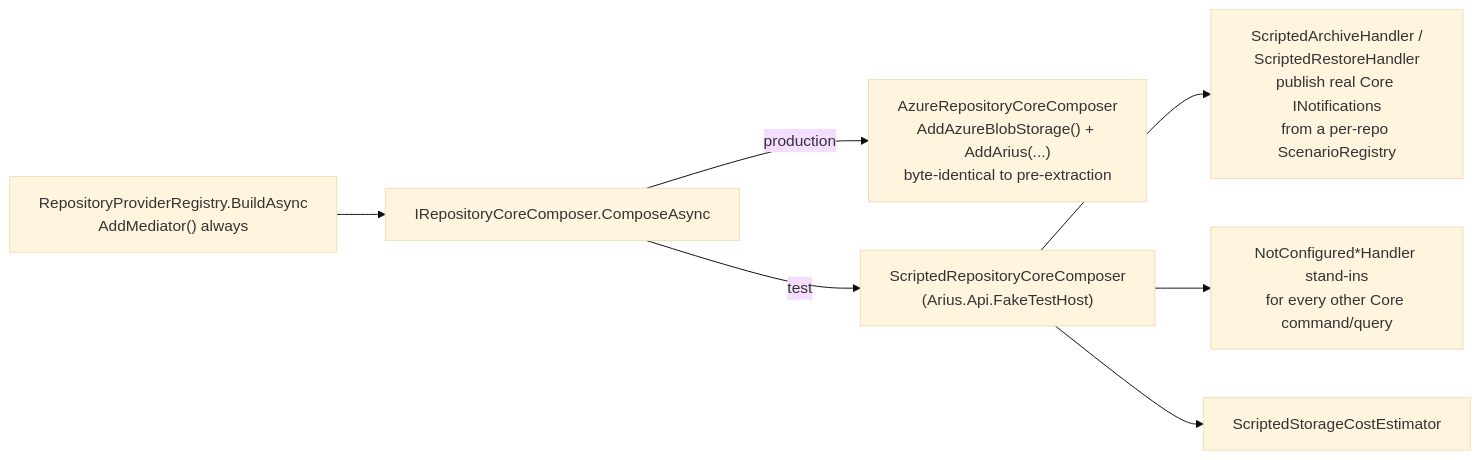
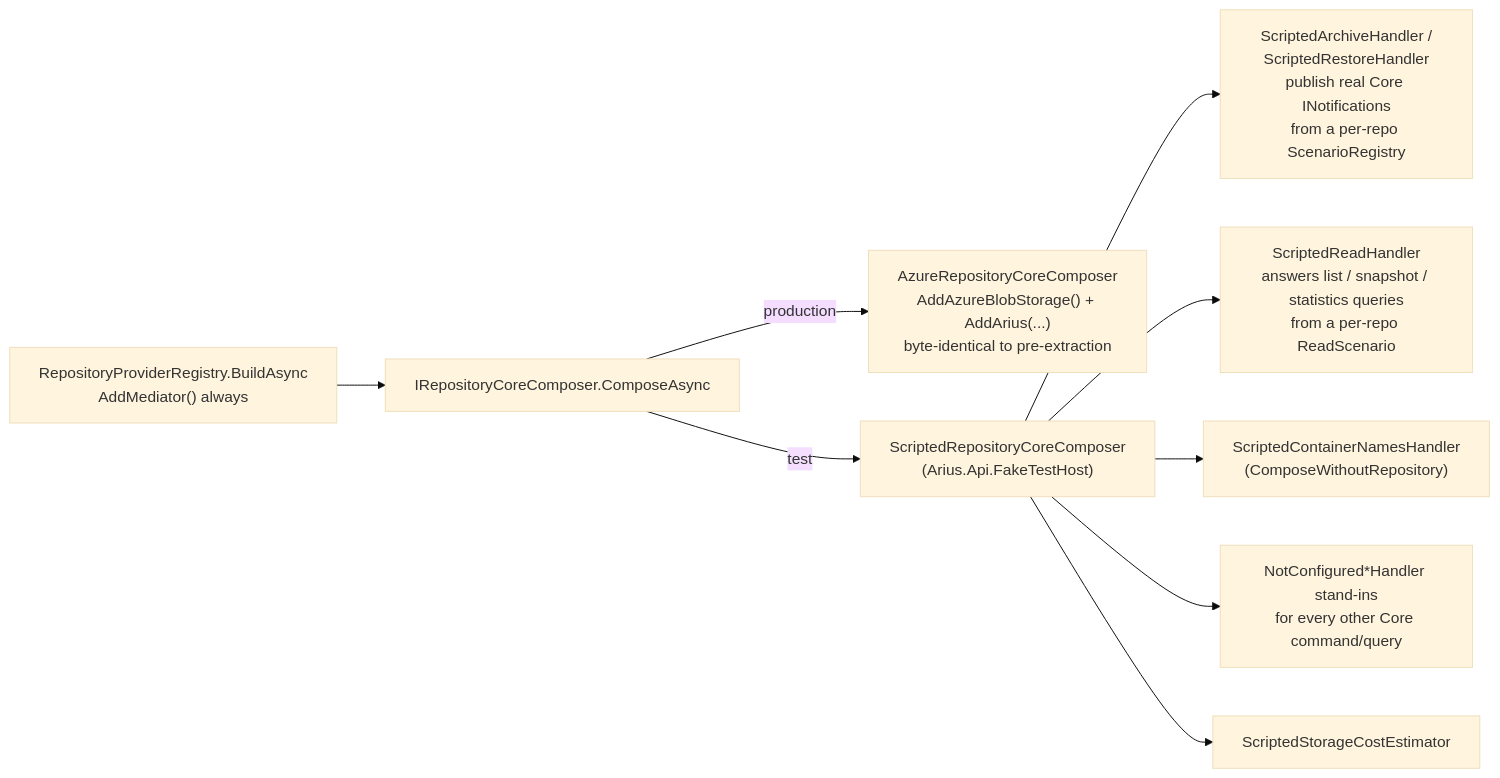
The fourth of 4 diagrams in docs/design/cross-cutting/testing.md (woutervanranst/Arius7), drawn with Mermaid (base theme) before and after one commit. The commit also changed other lines of this file and 5 other files, not shown here.

````diff
--- a/docs/design/cross-cutting/testing.md
+++ b/docs/design/cross-cutting/testing.md
@@ -221,9 +221,11 @@
 ```mermaid
 graph LR
     reg["RepositoryProviderRegistry.BuildAsync<br/>AddMediator() always"] --> seam["IRepositoryCoreComposer.ComposeAsync"]
     seam -->|production| azc["AzureRepositoryCoreComposer<br/>AddAzureBlobStorage() + AddArius(...)<br/>byte-identical to pre-extraction"]
     seam -->|test| sfc["ScriptedRepositoryCoreComposer<br/>(Arius.Api.FakeTestHost)"]
     sfc --> sar["ScriptedArchiveHandler /<br/>ScriptedRestoreHandler<br/>publish real Core INotifications<br/>from a per-repo ScenarioRegistry"]
+    sfc --> srh["ScriptedReadHandler<br/>answers list / snapshot / statistics queries<br/>from a per-repo ReadScenario"]
+    sfc --> scn["ScriptedContainerNamesHandler<br/>(ComposeWithoutRepository)"]
     sfc --> nc["NotConfigured*Handler stand-ins<br/>for every other Core command/query"]
     sfc --> sce[ScriptedStorageCostEstimator]
 ```
````
